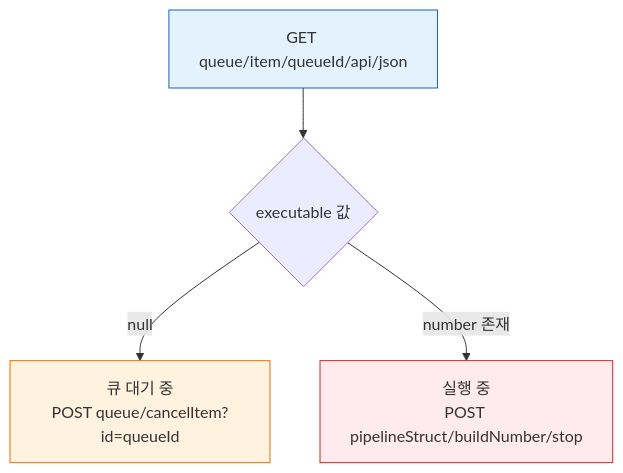
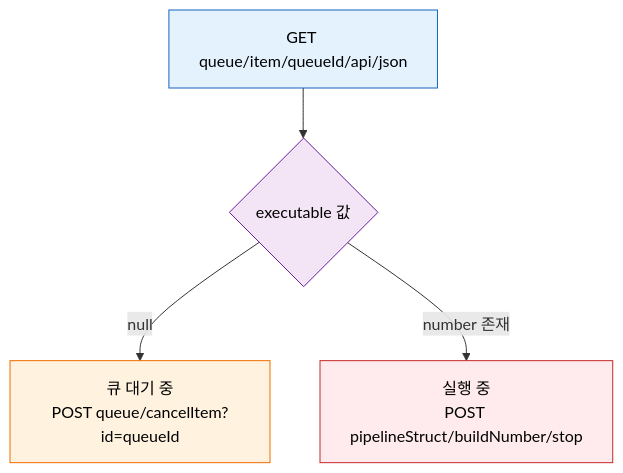
Before and after one commit to scofe97/StduyWrite: the second of 2 diagrams in write/07_devops/02_Jenkins/04_api/05-05.빌드 중지·취소 API 스펙.md, drawn with Mermaid. The commit also changed other lines of this file and 26 other files, not shown here.

````diff
--- a/write/07_devops/02_Jenkins/04_api/05-05.빌드 중지·취소 API 스펙.md
+++ b/write/07_devops/02_Jenkins/04_api/05-05.빌드 중지·취소 API 스펙.md
@@ -197,15 +219,16 @@
 ```mermaid
 flowchart TB
     CHK["GET queue/item/queueId/api/json"]
     Q{"executable 값"}
     CANCEL["큐 대기 중<br/>POST queue/cancelItem?id=queueId"]
     STOP["실행 중<br/>POST pipelineStruct/buildNumber/stop"]
 
     CHK --> Q
     Q -->|"null"| CANCEL
     Q -->|"number 존재"| STOP
 
-    style CHK fill:#e3f2fd,stroke:#1565c0,color:#333
-    style CANCEL fill:#fff3e0,stroke:#ef6c00,color:#333
-    style STOP fill:#ffebee,stroke:#c62828,color:#333
+    style CHK fill:#e3f2fd,stroke:#1565c0,color:#000
+    style Q fill:#f3e5f5,stroke:#6a1b9a,color:#000
+    style CANCEL fill:#fff3e0,stroke:#ef6c00,color:#000
+    style STOP fill:#ffebee,stroke:#c62828,color:#000
 ```
````
